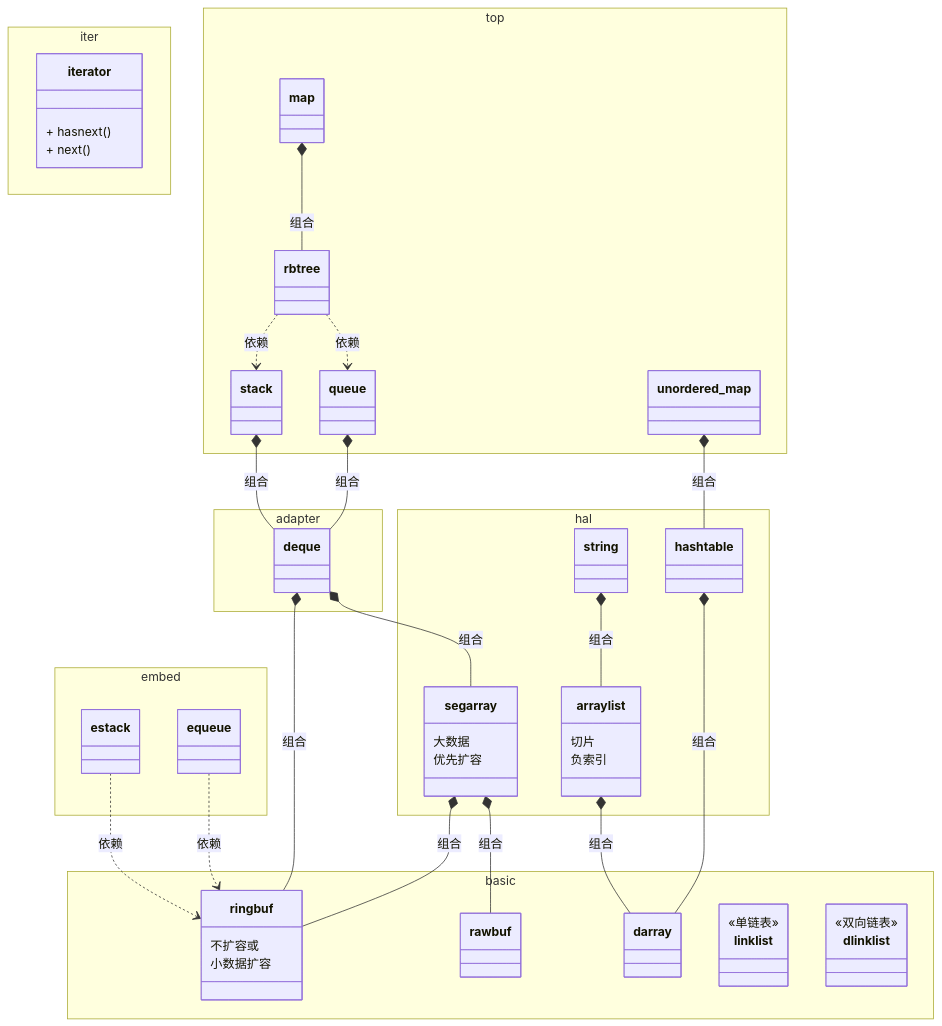
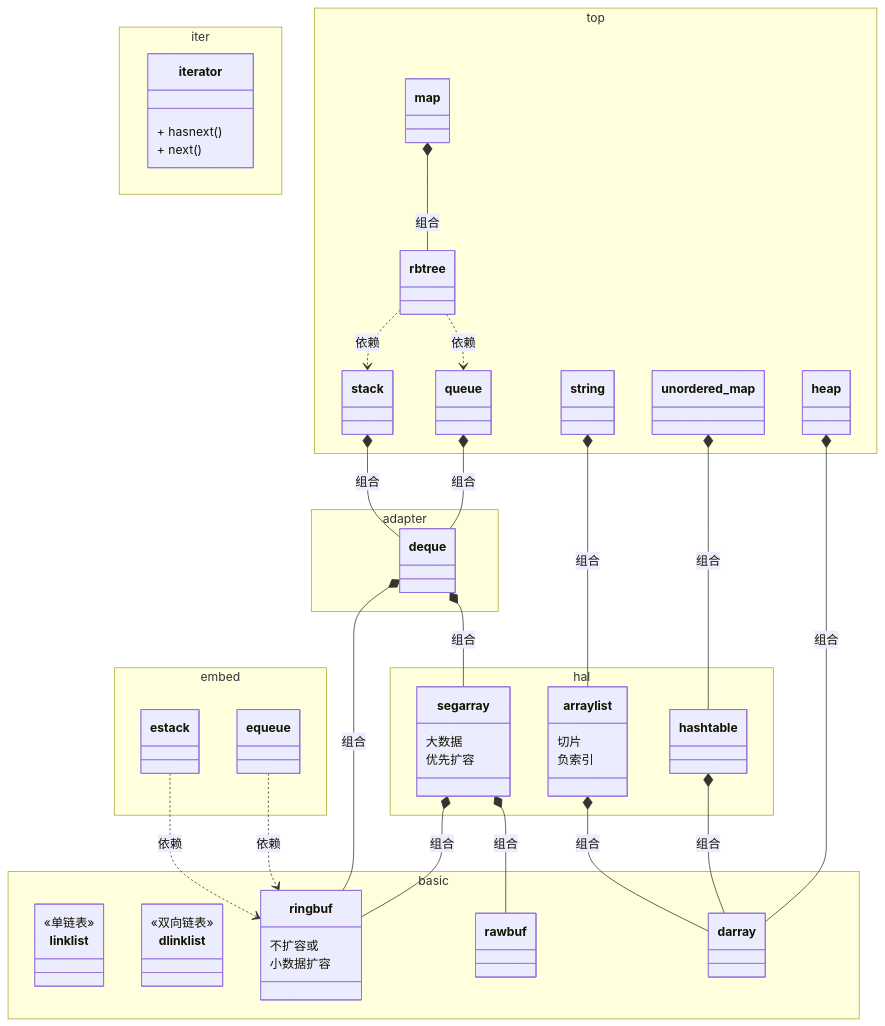
Before and after one commit to Orig5826/unicstl: the diagram in README.md, drawn with Mermaid. The commit also changed other lines of this file and 8 other files, not shown here.

```diff
--- a/README.md
+++ b/README.md
@@ -23,18 +23,18 @@
 direction TB
 
 namespace basic {
+    class linklist{
+        <<单链表>>
+    }
+    class dlinklist{
+        <<双向链表>>
+    }
     class ringbuf{
         不扩容或
         小数据扩容
     }
     class rawbuf
     class darray
-    class linklist{
-        <<单链表>>
-    }
-    class dlinklist{
-        <<双向链表>>
-    }
 }
 
 namespace embed {
@@ -58,7 +58,6 @@
         切片
         负索引
     }
-    class string
     class hashtable
 }
 
@@ -69,9 +68,13 @@
 namespace top {
     class stack
     class queue
+    
     class rbtree
     class map
+
+    class string
     class unordered_map
+    class heap
 }
 
 %% hal层
@@ -90,6 +93,7 @@
 %% 通用标准容器
 stack *-- deque : 组合
 queue *-- deque : 组合
+heap *-- darray : 组合
 
 %% 红黑树
 rbtree ..> stack : 依赖
```
